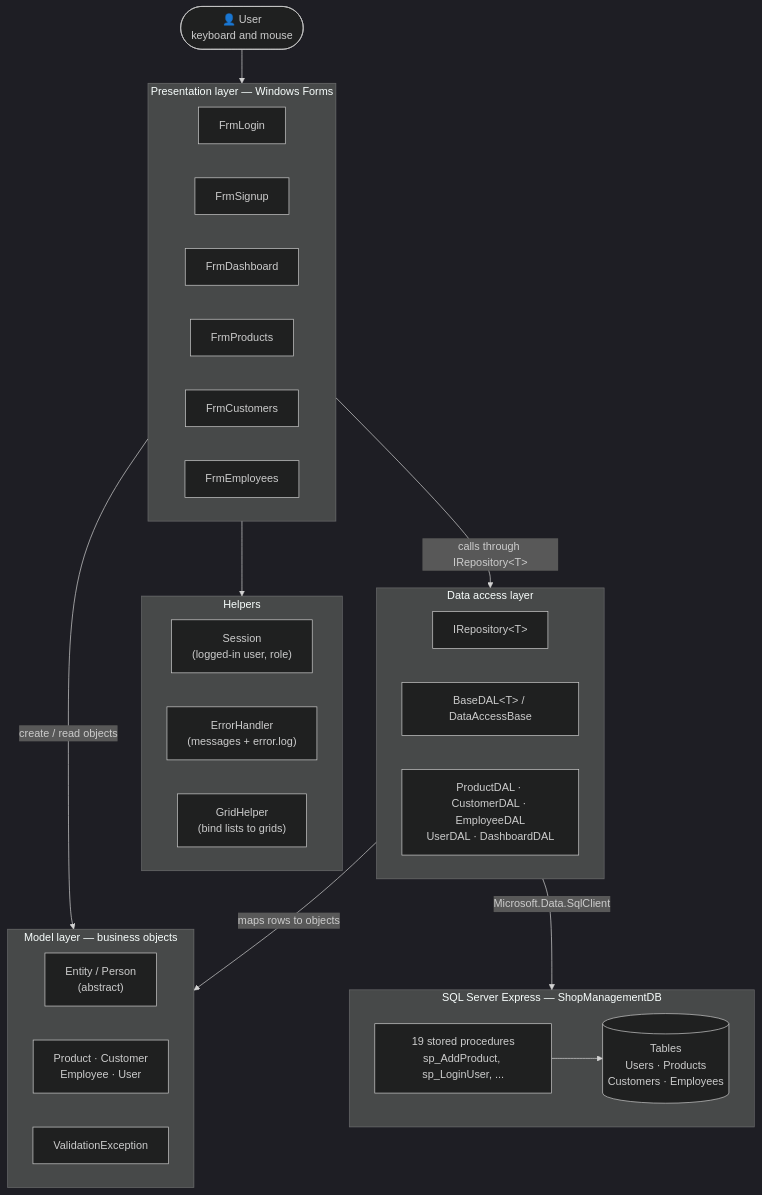
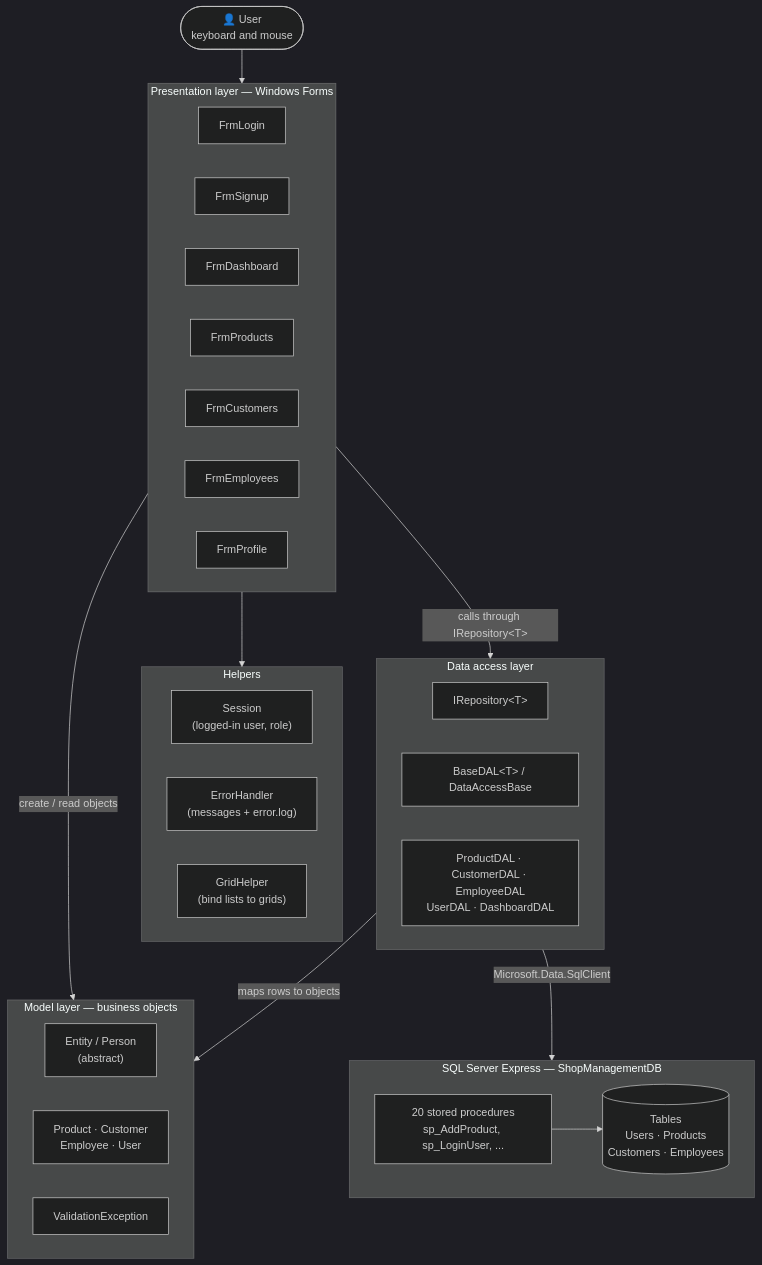
One commit to jayawardhnaRMA/Inventory_Management_system changed the diagram in Docs/diagrams/architecture.mmd. Above: the diagram before and after it, drawn with Mermaid (dark theme). The commit also changed 11 other files, not shown here.

```diff
--- a/Docs/diagrams/architecture.mmd
+++ b/Docs/diagrams/architecture.mmd
@@ -1,47 +1,48 @@
 flowchart TB
     User(["👤 User<br/>keyboard and mouse"])
 
     subgraph UI["Presentation layer — Windows Forms"]
         direction LR
         F1[FrmLogin]
         F2[FrmSignup]
         F3[FrmDashboard]
         F4[FrmProducts]
         F5[FrmCustomers]
         F6[FrmEmployees]
+        F7[FrmProfile]
     end
 
     subgraph HELP["Helpers"]
         direction LR
         H1["Session<br/>(logged-in user, role)"]
         H2["ErrorHandler<br/>(messages + error.log)"]
         H3["GridHelper<br/>(bind lists to grids)"]
     end
 
     subgraph MODEL["Model layer — business objects"]
         direction LR
         M1["Entity / Person<br/>(abstract)"]
         M2["Product · Customer<br/>Employee · User"]
         M3["ValidationException"]
     end
 
     subgraph DAL["Data access layer"]
         direction LR
         D1["IRepository&lt;T&gt;"]
         D2["BaseDAL&lt;T&gt; / DataAccessBase"]
         D3["ProductDAL · CustomerDAL · EmployeeDAL<br/>UserDAL · DashboardDAL"]
     end
 
     subgraph DB["SQL Server Express — ShopManagementDB"]
         direction LR
-        S1["19 stored procedures<br/>sp_AddProduct, sp_LoginUser, ..."]
+        S1["20 stored procedures<br/>sp_AddProduct, sp_LoginUser, ..."]
         S2[("Tables<br/>Users · Products<br/>Customers · Employees")]
     end
 
     User --> UI
     UI --> HELP
     UI -- "create / read objects" --> MODEL
     UI -- "calls through IRepository&lt;T&gt;" --> DAL
     DAL -- "maps rows to objects" --> MODEL
     DAL -- "Microsoft.Data.SqlClient" --> S1
     S1 --> S2
```
